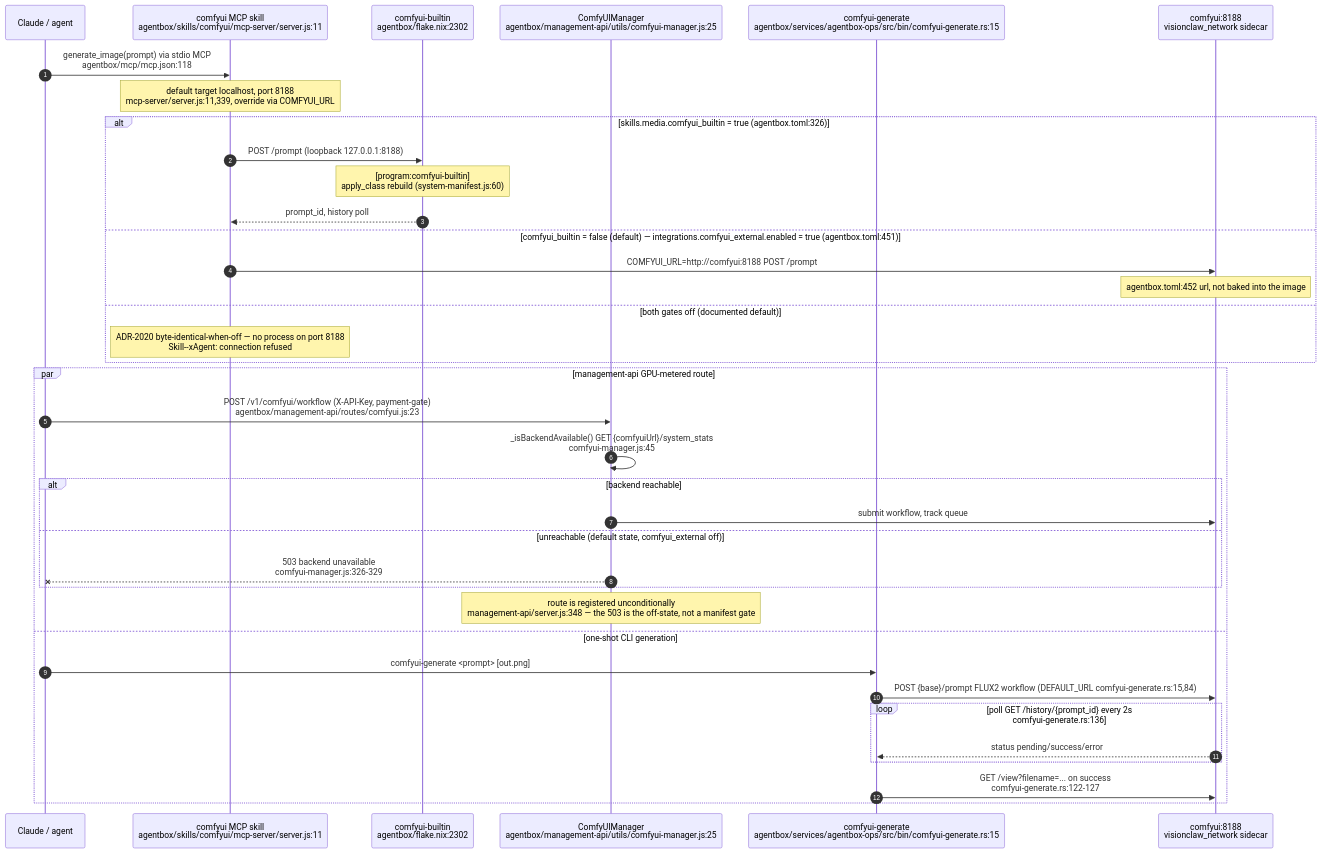
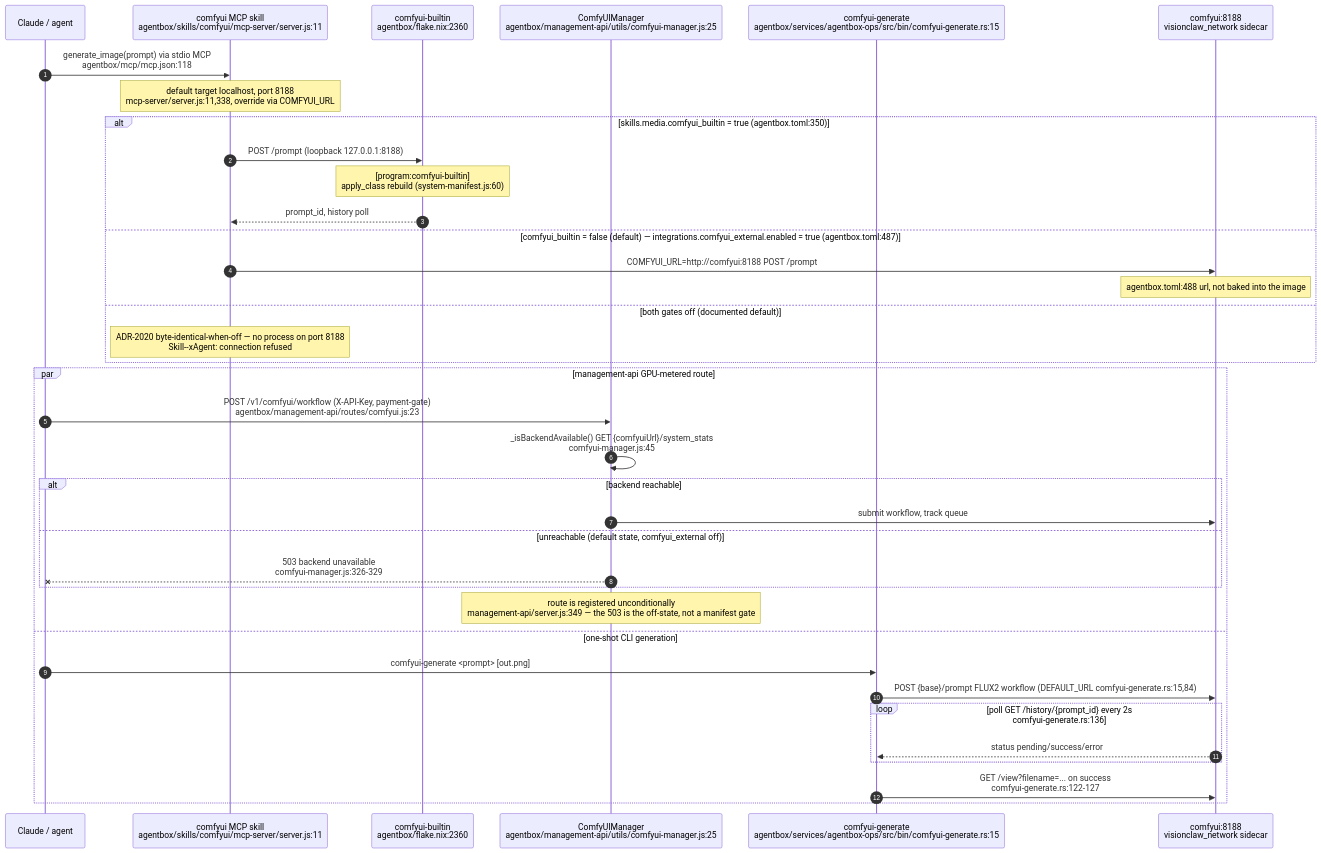
One commit to DreamLab-AI/VisionFlow changed the first of 13 diagrams in docs/diagrams/agentbox/27-media-gpu-capability-services.md. Above: the diagram before and after it, drawn with Mermaid. The commit also changed other lines of this file and 28 other files, not shown here.

````diff
--- a/docs/diagrams/agentbox/27-media-gpu-capability-services.md
+++ b/docs/diagrams/agentbox/27-media-gpu-capability-services.md
@@ -53,42 +53,42 @@
 ```mermaid
 sequenceDiagram
     autonumber
     participant Agent as Claude / agent
     participant Skill as comfyui MCP skill<br/>agentbox/skills/comfyui/mcp-server/server.js:11
-    participant Builtin as comfyui-builtin<br/>agentbox/flake.nix:2302
+    participant Builtin as comfyui-builtin<br/>agentbox/flake.nix:2360
     participant MgmtAPI as ComfyUIManager<br/>agentbox/management-api/utils/comfyui-manager.js:25
     participant Gen as comfyui-generate<br/>agentbox/services/agentbox-ops/src/bin/comfyui-generate.rs:15
     participant Ext as comfyui:8188<br/>visionclaw_network sidecar
 
     Agent->>Skill: generate_image(prompt) via stdio MCP<br/>agentbox/mcp/mcp.json:118
-    Note over Skill: default target localhost, port 8188<br/>mcp-server/server.js:11,339, override via COMFYUI_URL
+    Note over Skill: default target localhost, port 8188<br/>mcp-server/server.js:11,338, override via COMFYUI_URL
 
-    alt skills.media.comfyui_builtin = true (agentbox.toml:326)
+    alt skills.media.comfyui_builtin = true (agentbox.toml:350)
         Skill->>Builtin: POST /prompt (loopback 127.0.0.1:8188)
         Note over Builtin: [program:comfyui-builtin]<br/>apply_class rebuild (system-manifest.js:60)
         Builtin-->>Skill: prompt_id, history poll
-    else comfyui_builtin = false (default) — integrations.comfyui_external.enabled = true (agentbox.toml:451)
+    else comfyui_builtin = false (default) — integrations.comfyui_external.enabled = true (agentbox.toml:487)
         Skill->>Ext: COMFYUI_URL=http://comfyui:8188 POST /prompt
-        Note over Ext: agentbox.toml:452 url, not baked into the image
+        Note over Ext: agentbox.toml:488 url, not baked into the image
     else both gates off (documented default)
         Note over Skill: ADR-2020 byte-identical-when-off — no process on port 8188<br/>Skill--xAgent: connection refused
     end
 
     par management-api GPU-metered route
         Agent->>MgmtAPI: POST /v1/comfyui/workflow (X-API-Key, payment-gate)<br/>agentbox/management-api/routes/comfyui.js:23
         MgmtAPI->>MgmtAPI: _isBackendAvailable() GET {comfyuiUrl}/system_stats<br/>comfyui-manager.js:45
         alt backend reachable
             MgmtAPI->>Ext: submit workflow, track queue
         else unreachable (default state, comfyui_external off)
             MgmtAPI--xAgent: 503 backend unavailable<br/>comfyui-manager.js:326-329
         end
-        Note over MgmtAPI: route is registered unconditionally<br/>management-api/server.js:348 — the 503 is the off-state, not a manifest gate
+        Note over MgmtAPI: route is registered unconditionally<br/>management-api/server.js:349 — the 503 is the off-state, not a manifest gate
     and one-shot CLI generation
         Agent->>Gen: comfyui-generate <prompt> [out.png]
         Gen->>Ext: POST {base}/prompt FLUX2 workflow (DEFAULT_URL comfyui-generate.rs:15,84)
         loop poll GET /history/{prompt_id} every 2s<br/>comfyui-generate.rs:136
             Ext-->>Gen: status pending/success/error
         end
         Gen->>Ext: GET /view?filename=... on success<br/>comfyui-generate.rs:122-127
     end
 ```
````
